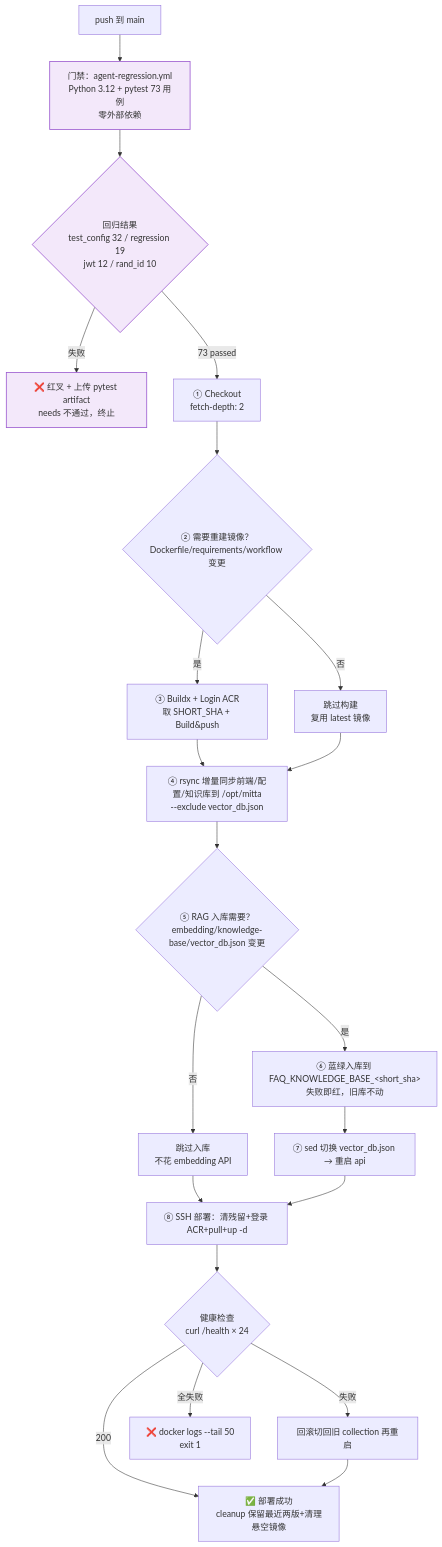
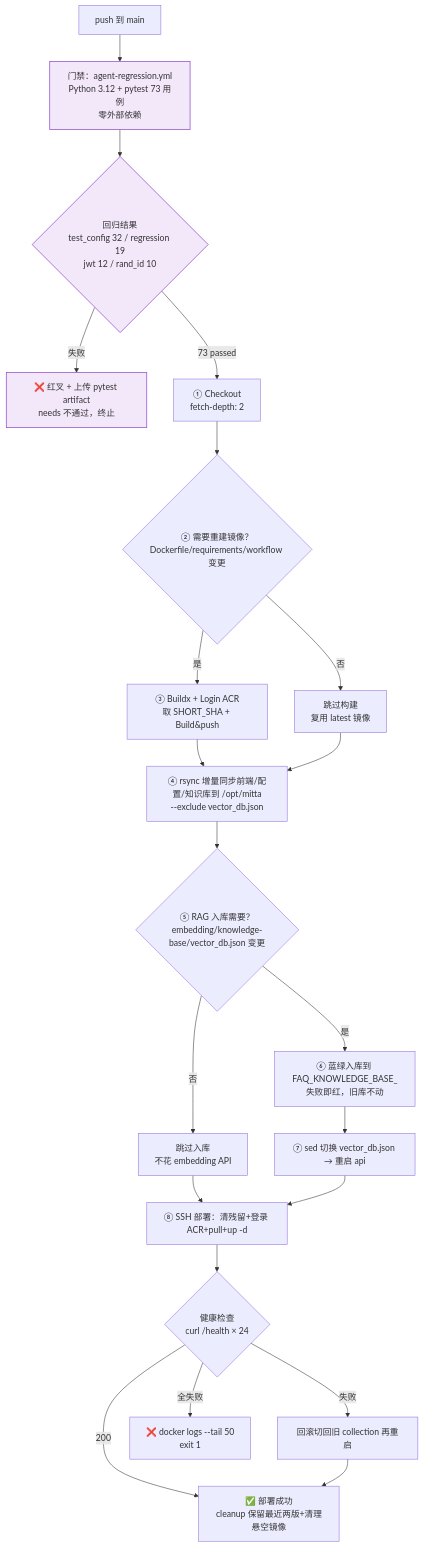
One commit to Q1anyii/Mitta changed the diagram in README.md. Above: the diagram before and after it, drawn with Mermaid. The commit also changed other lines of this file and 2 other files, not shown here.

````diff
--- a/README.md
+++ b/README.md
@@ -893,27 +898,27 @@
 ```mermaid
 flowchart TD
     PUSH[push 到 main] --> REG[门禁：agent-regression.yml<br/>Python 3.12 + pytest 73 用例<br/>零外部依赖]
     REG --> REGJ{回归结果<br/>test_config 32 / regression 19<br/>jwt 12 / rand_id 10}
     REGJ -->|失败| REGFAIL[❌ 红叉 + 上传 pytest artifact<br/>needs 不通过，终止]
     REGJ -->|73 passed| CHECK[① Checkout<br/>fetch-depth: 2]
     CHECK --> DETECT{② 需要重建镜像？<br/>Dockerfile/requirements/workflow 变更}
     DETECT -->|是| BUILD[③ Buildx + Login ACR<br/>取 SHORT_SHA + Build&push]
     DETECT -->|否| SKIP[跳过构建<br/>复用 latest 镜像]
     BUILD --> RSYNC
     SKIP --> RSYNC
     RSYNC[④ rsync 增量同步前端/配置/知识库到 /opt/mitta<br/>--exclude vector_db.json]
     RSYNC --> INGEST{⑤ RAG 入库需要？<br/>embedding/knowledge-base/vector_db.json 变更}
-    INGEST -->|是| BLUE[⑥ 蓝绿入库到 FAQ_KNOWLEDGE_BASE_&lt;short_sha&gt;<br/>失败即红，旧库不动]
+    INGEST -->|是| BLUE[⑥ 蓝绿入库到 FAQ_KNOWLEDGE_BASE_<short_sha><br/>失败即红，旧库不动]
     INGEST -->|否| SKIPI[跳过入库<br/>不花 embedding API]
     BLUE --> SWITCH[⑦ sed 切换 vector_db.json → 重启 api]
     SKIPI --> SSH
     SWITCH --> SSH[⑧ SSH 部署：清残留+登录 ACR+pull+up -d]
     SSH --> HEALTH{健康检查<br/>curl /health × 24}
     HEALTH -->|200| OK[✅ 部署成功<br/>cleanup 保留最近两版+清理悬空镜像]
     HEALTH -->|失败| ROLLBACK[回滚切回旧 collection 再重启]
     ROLLBACK --> OK
     HEALTH -->|全失败| FAIL[❌ docker logs --tail 50<br/>exit 1]
 
     classDef gate fill:#F3E8FA,stroke:#9C5BD0,stroke-width:1.5px;
     class REG,REGJ,REGFAIL gate;
 ```
````
